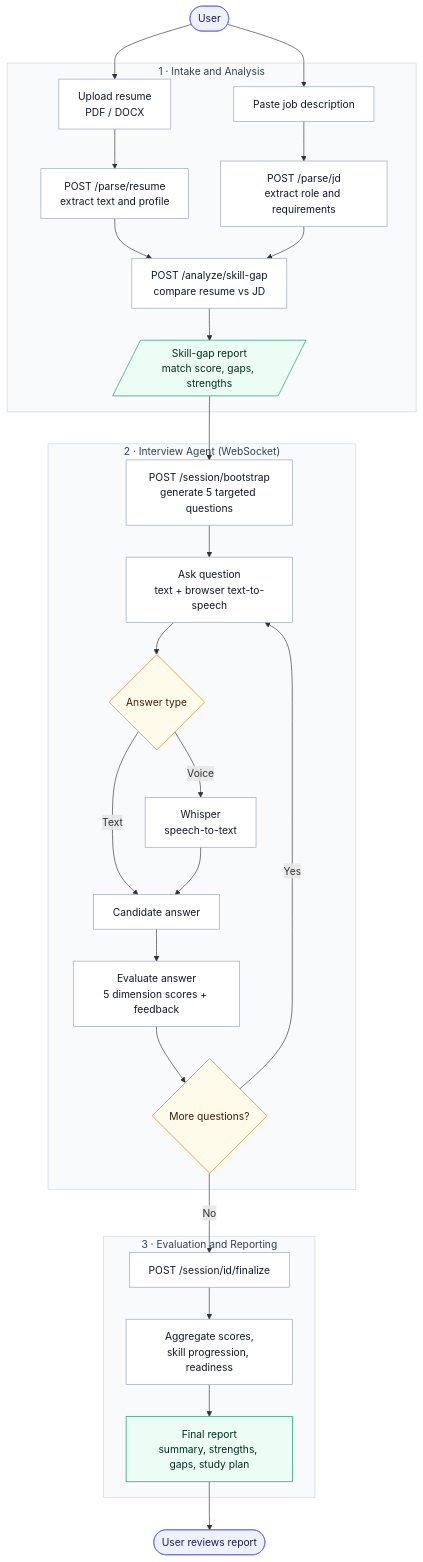
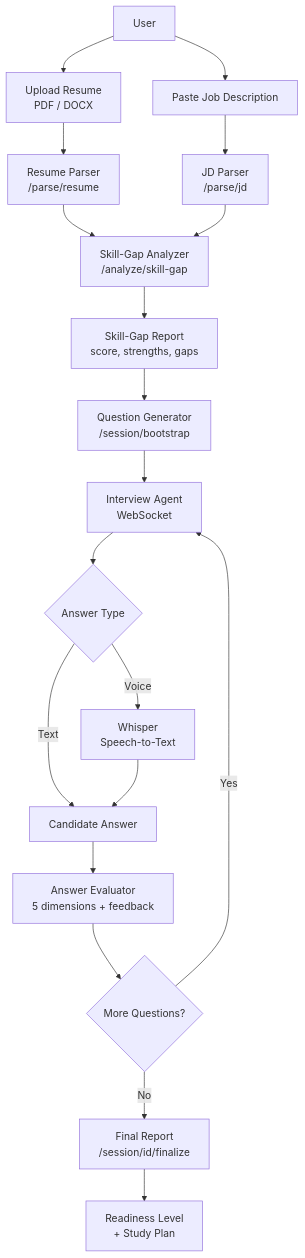
One commit to SanjanaShettyy/hiremind-ai changed the first of 2 diagrams in README.md. Above: the diagram before and after it, drawn with Mermaid. The commit also changed other lines of this file, not shown here.

Commit message:
Updated REEADME

````diff
--- a/README.md
+++ b/README.md
@@ -18,47 +18,21 @@
 ```mermaid
 flowchart TD
-    A([User]) --> B[Upload resume<br/>PDF / DOCX]
-    A --> C[Paste job description]
-
-    subgraph S1["1 · Intake and Analysis"]
-        B --> D["POST /parse/resume<br/>extract text and profile"]
-        C --> E["POST /parse/jd<br/>extract role and requirements"]
-        D --> F["POST /analyze/skill-gap<br/>compare resume vs JD"]
-        E --> F
-        F --> G[/"Skill-gap report<br/>match score, gaps, strengths"/]
-    end
-
-    G --> H["POST /session/bootstrap<br/>generate 5 targeted questions"]
-
-    subgraph S2["2 · Interview Agent (WebSocket)"]
-        H --> I["Ask question<br/>text + browser text-to-speech"]
-        I --> J{"Answer type"}
-        J -->|Text| L["Candidate answer"]
-        J -->|Voice| K["Whisper<br/>speech-to-text"]
-        K --> L
-        L --> M["Evaluate answer<br/>5 dimension scores + feedback"]
-        M --> N{"More questions?"}
-        N -->|Yes| I
-    end
-
-    N -->|No| O["POST /session/id/finalize"]
-
-    subgraph S3["3 · Evaluation and Reporting"]
-        O --> P["Aggregate scores,<br/>skill progression, readiness"]
-        P --> Q["Final report<br/>summary, strengths, gaps, study plan"]
-    end
-
-    Q --> R([User reviews report])
-
-    classDef io fill:#eef2ff,stroke:#6366f1,color:#1e1b4b
-    classDef step fill:#ffffff,stroke:#94a3b8,color:#0f172a
-    classDef choice fill:#fffbeb,stroke:#d97706,color:#451a03
-    classDef out fill:#ecfdf5,stroke:#059669,color:#022c22
-    class A,R io
-    class B,C,D,E,F,H,I,K,L,M,O,P step
-    class J,N choice
-    class G,Q out
-    style S1 fill:#f8fafc,stroke:#cbd5e1,color:#334155
-    style S2 fill:#f8fafc,stroke:#cbd5e1,color:#334155
-    style S3 fill:#f8fafc,stroke:#cbd5e1,color:#334155
+    A["User"] --> B["Upload Resume<br/>PDF / DOCX"]
+    A --> C["Paste Job Description"]
+    B --> D["Resume Parser<br/>/parse/resume"]
+    C --> E["JD Parser<br/>/parse/jd"]
+    D --> F["Skill-Gap Analyzer<br/>/analyze/skill-gap"]
+    E --> F
+    F --> G["Skill-Gap Report<br/>score, strengths, gaps"]
+    G --> H["Question Generator<br/>/session/bootstrap"]
+    H --> I["Interview Agent<br/>WebSocket"]
+    I --> J{"Answer Type"}
+    J -->|Voice| K["Whisper<br/>Speech-to-Text"]
+    J -->|Text| L["Candidate Answer"]
+    K --> L
+    L --> M["Answer Evaluator<br/>5 dimensions + feedback"]
+    M --> N{"More Questions?"}
+    N -->|Yes| I
+    N -->|No| O["Final Report<br/>/session/id/finalize"]
+    O --> P["Readiness Level<br/>+ Study Plan"]
 ```
````
